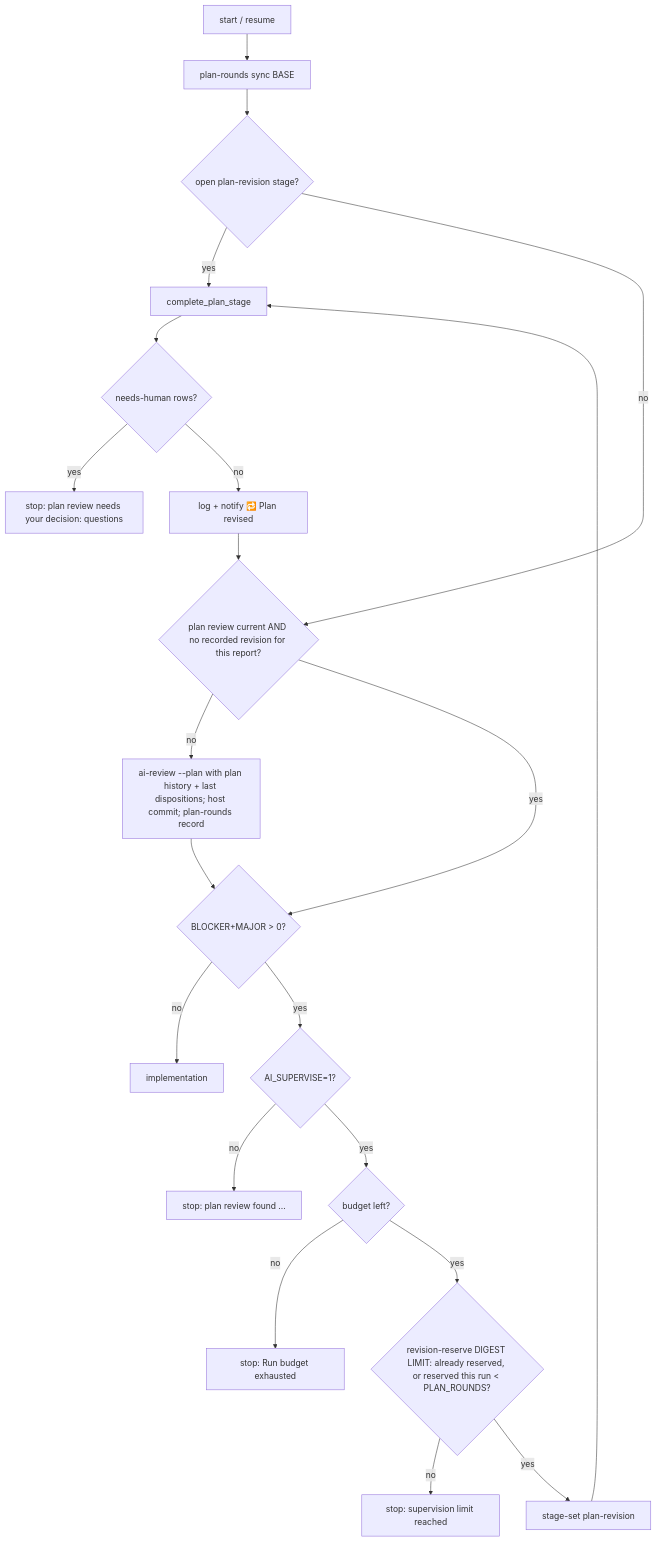
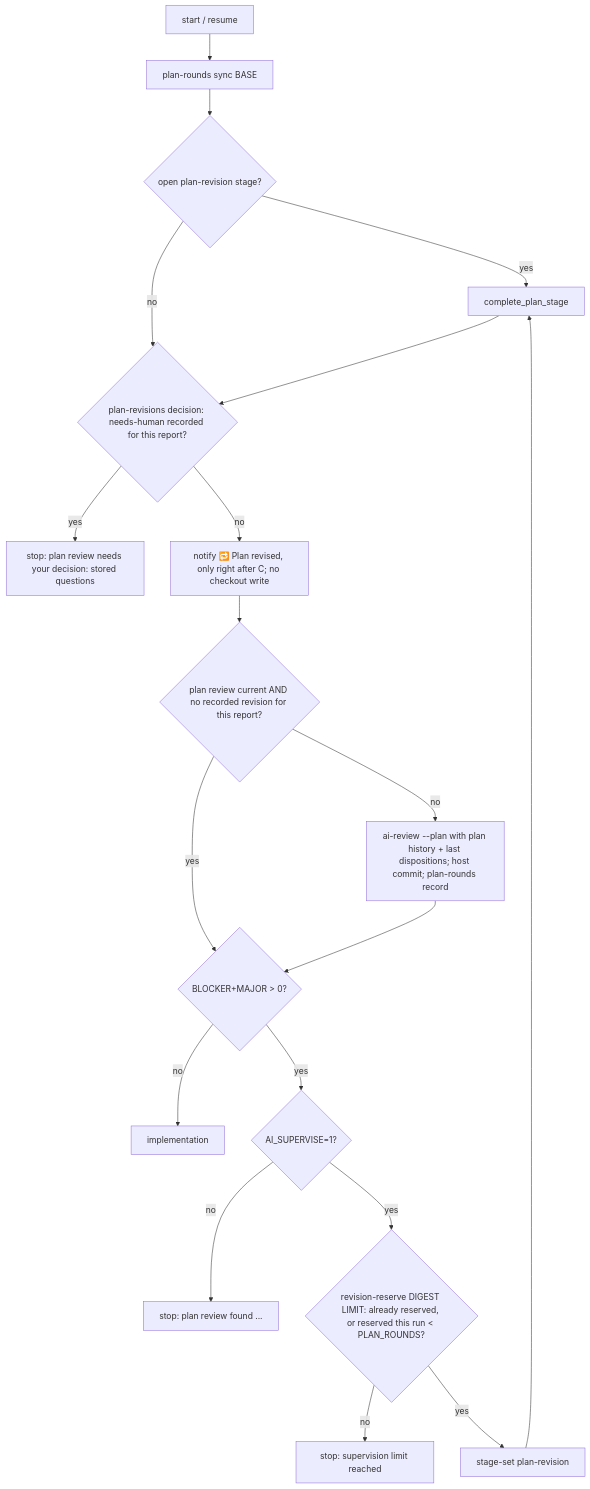
Before and after one commit to Muf454/agents: the diagram in .ai/current-plan.md, drawn with Mermaid. The commit also changed other lines of this file and 6 other files, not shown here.

First line of the commit message:
plan: FL-04 revision 4, counts-only bounds (run budget stays OR-09)

````diff
--- a/.ai/current-plan.md
+++ b/.ai/current-plan.md
@@ -80,22 +93,20 @@
 ```mermaid
 flowchart TD
   A[start / resume] --> Y[plan-rounds sync BASE]
   Y --> S{open plan-revision stage?}
   S -- yes --> C[complete_plan_stage]
-  S -- no --> R{plan review current AND no recorded revision for this report?}
-  C --> N
+  S -- no --> D
+  C --> D{plan-revisions decision: needs-human recorded for this report?}
+  D -- yes --> H3[stop: plan review needs your decision: stored questions]
+  D -- no --> P[notify 🔁 Plan revised, only right after C; no checkout write]
+  P --> R{plan review current AND no recorded revision for this report?}
   R -- no --> V[ai-review --plan with plan history + last dispositions; host commit; plan-rounds record]
   R -- yes --> K
   V --> K{BLOCKER+MAJOR > 0?}
   K -- no --> I[implementation]
   K -- yes --> O{AI_SUPERVISE=1?}
   O -- no --> H1[stop: plan review found ...]
-  O -- yes --> L{budget left?}
-  L -- no --> H2[stop: Run budget exhausted]
-  L -- yes --> Q{revision-reserve DIGEST LIMIT: already reserved, or reserved this run < PLAN_ROUNDS?}
+  O -- yes --> Q{revision-reserve DIGEST LIMIT: already reserved, or reserved this run < PLAN_ROUNDS?}
   Q -- no --> H4[stop: supervision limit reached]
   Q -- yes --> T[stage-set plan-revision] --> C
-  N{needs-human rows?}
-  N -- yes --> H3[stop: plan review needs your decision: questions]
-  N -- no --> P[log + notify 🔁 Plan revised] --> R
 ```
````
